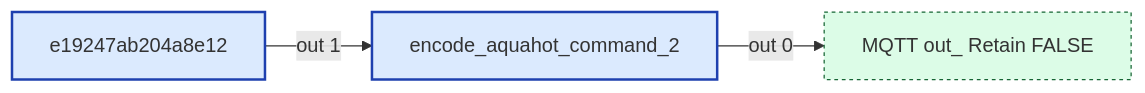
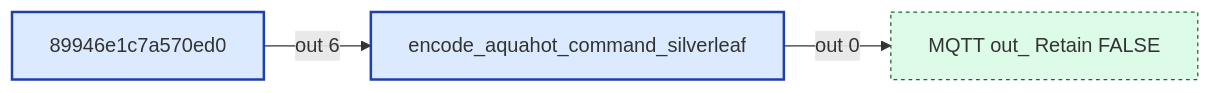
The fourth of 16 diagrams in src/wiring/ha-commands.md (Backroads4Me/librecoach-node-red), drawn with Mermaid before and after one commit. The commit also changed other lines of this file and 5 other files, not shown here.

````diff
--- a/src/wiring/ha-commands.md
+++ b/src/wiring/ha-commands.md
@@ -123,14 +124,14 @@
 ```mermaid
 flowchart LR
   classDef fn fill:#dbeafe,stroke:#1e40af,stroke-width:2px
   classDef ui fill:#ede9fe,stroke:#5b21b6,stroke-width:2px
   classDef sub fill:#fef3c7,stroke:#92400e,stroke-width:2px
   classDef link fill:#dcfce7,stroke:#166534,stroke-width:1px,stroke-dasharray:3 3
   classDef config fill:#f3f4f6,stroke:#6b7280,stroke-width:1px,stroke-dasharray:2 2
   classDef disabled opacity:0.5,stroke-dasharray:4 4
-  n_a71ac1bd86bd["encode_aquahot_command_2"]:::fn
-  n_d95299a44e1d["MQTT out_ Retain FALSE"]:::link
-  n_e19247ab204a["e19247ab204a8e12"]:::fn
-  n_a71ac1bd86bd -->|out 0| n_d95299a44e1d
-  n_e19247ab204a -->|out 1| n_a71ac1bd86bd
+  n_6aa079d768e1["MQTT out_ Retain FALSE"]:::link
+  n_89946e1c7a57["89946e1c7a570ed0"]:::fn
+  n_a8882b1f3530["encode_aquahot_command_silverleaf"]:::fn
+  n_89946e1c7a57 -->|out 6| n_a8882b1f3530
+  n_a8882b1f3530 -->|out 0| n_6aa079d768e1
 ```
````
